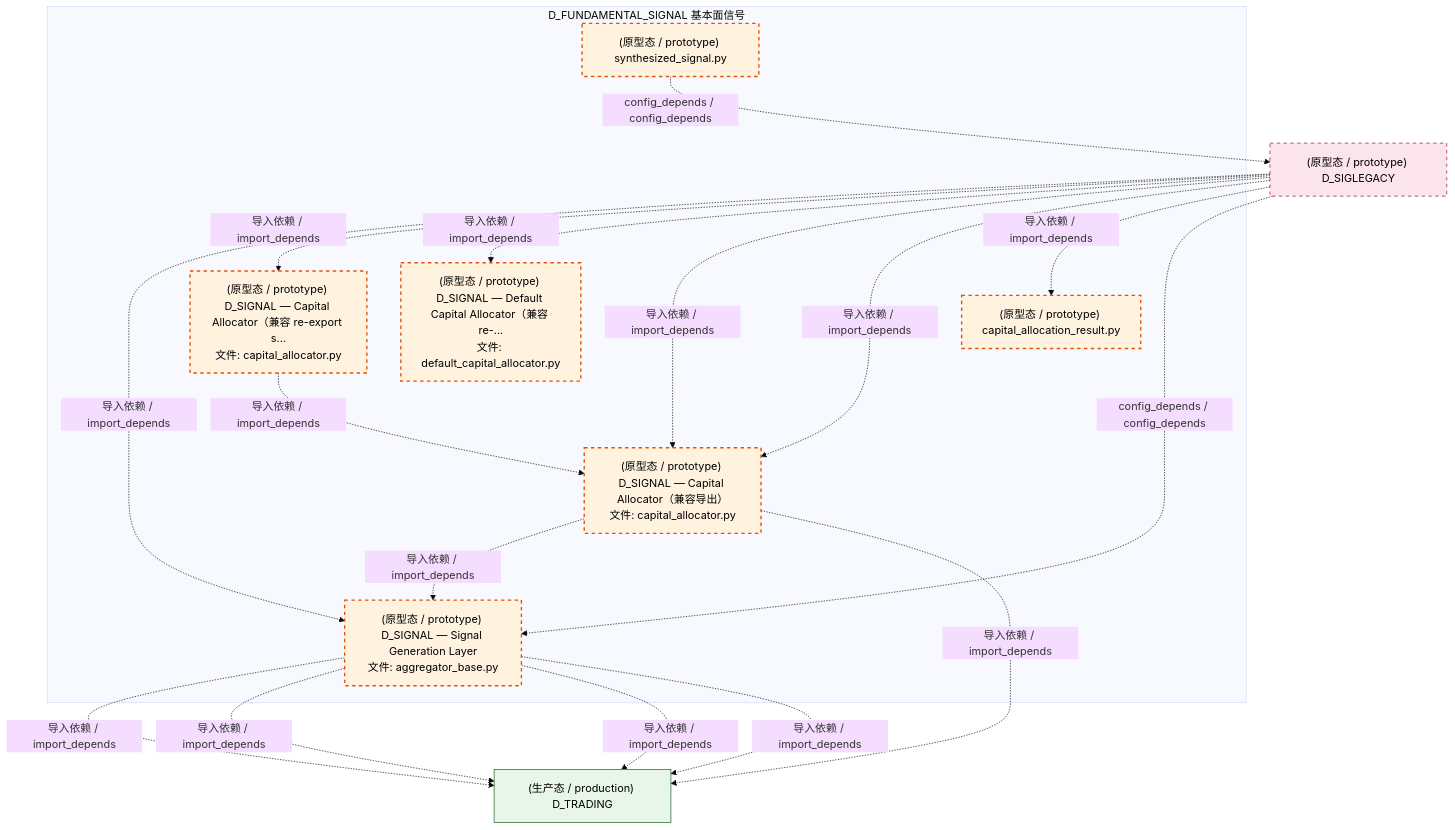
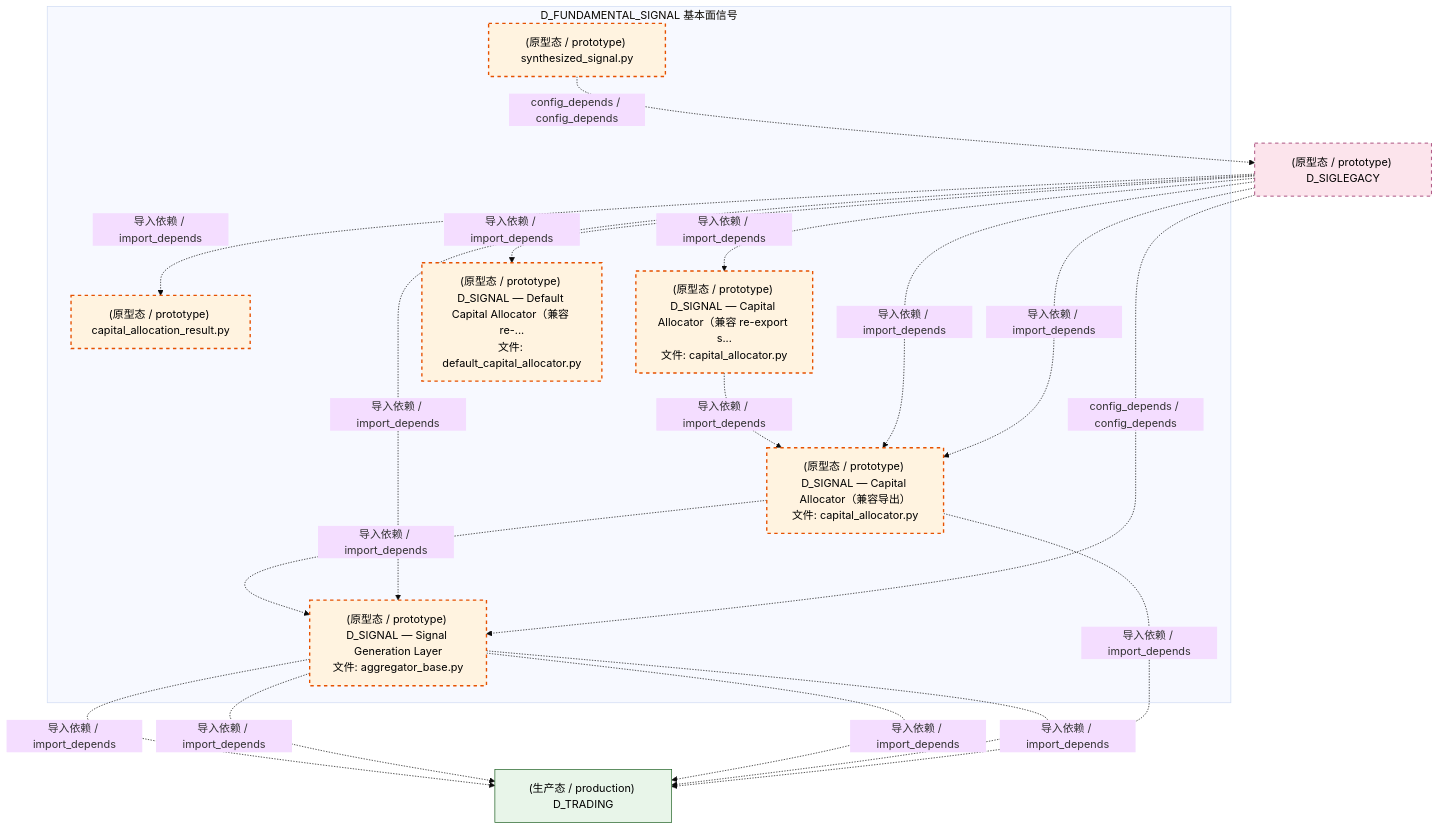
Before and after one commit to xuanFelixVan/ZephyrAlpha: the third of 4 diagrams in docs/02_enterprise_architecture/02_domain_architecture_docs/37_d_fundamental_signal.md, drawn with Mermaid (base theme). The commit also changed other lines of this file and 124 other files, not shown here.

````diff
--- a/docs/02_enterprise_architecture/02_domain_architecture_docs/37_d_fundamental_signal.md
+++ b/docs/02_enterprise_architecture/02_domain_architecture_docs/37_d_fundamental_signal.md
@@ -177,35 +177,35 @@
 ```mermaid
 graph TD
     subgraph D_FUNDAMENTAL_SIGNAL["D_FUNDAMENTAL_SIGNAL 基本面信号"]
         src_zephyr_signal_fundamental_capital_capital_allocation_result_py["(原型态 / prototype) capital_allocation_result.py"]
         src_zephyr_signal_fundamental_capital_capital_allocator_py["(原型态 / prototype) D_SIGNAL — Capital Allocator（兼容 re-export s...<br/>文件: capital_allocator.py"]
         src_zephyr_signal_fundamental_capital_default_capital_allocator_py["(原型态 / prototype) D_SIGNAL — Default Capital Allocator（兼容 re-...<br/>文件: default_capital_allocator.py"]
         src_zephyr_signal_fundamental_combiner_synthesized_signal_py["(原型态 / prototype) synthesized_signal.py"]
         src_zephyr_signal_fundamental_gen_aggregator_base_py["(原型态 / prototype) D_SIGNAL — Signal Generation Layer<br/>文件: aggregator_base.py"]
         src_zephyr_signal_fundamental_strategy_capital_allocator_py["(原型态 / prototype) D_SIGNAL — Capital Allocator（兼容导出）<br/>文件: capital_allocator.py"]
     end
     src_zephyr_signal_fundamental_capital_capital_allocator_py -.->|导入依赖 / import_depends| src_zephyr_signal_fundamental_strategy_capital_allocator_py
     src_zephyr_signal_fundamental_strategy_capital_allocator_py -.->|导入依赖 / import_depends| src_zephyr_signal_fundamental_gen_aggregator_base_py
     D_SIGLEGACY["(原型态 / prototype) D_SIGLEGACY"]
     src_zephyr_signal_fundamental_combiner_synthesized_signal_py -.->|config_depends / config_depends| D_SIGLEGACY
     D_TRADING["(生产态 / production) D_TRADING"]
     src_zephyr_signal_fundamental_gen_aggregator_base_py -.->|导入依赖 / import_depends| D_TRADING
     src_zephyr_signal_fundamental_gen_aggregator_base_py -.->|导入依赖 / import_depends| D_TRADING
     src_zephyr_signal_fundamental_gen_aggregator_base_py -.->|导入依赖 / import_depends| D_TRADING
     src_zephyr_signal_fundamental_gen_aggregator_base_py -.->|导入依赖 / import_depends| D_TRADING
     src_zephyr_signal_fundamental_strategy_capital_allocator_py -.->|导入依赖 / import_depends| D_TRADING
     D_SIGLEGACY -.->|导入依赖 / import_depends| src_zephyr_signal_fundamental_gen_aggregator_base_py
-    D_SIGLEGACY -.->|导入依赖 / import_depends| src_zephyr_signal_fundamental_capital_capital_allocator_py
+    D_SIGLEGACY -.->|导入依赖 / import_depends| src_zephyr_signal_fundamental_capital_capital_allocation_result_py
+    D_SIGLEGACY -.->|导入依赖 / import_depends| src_zephyr_signal_fundamental_strategy_capital_allocator_py
     D_SIGLEGACY -.->|导入依赖 / import_depends| src_zephyr_signal_fundamental_capital_default_capital_allocator_py
     D_SIGLEGACY -.->|导入依赖 / import_depends| src_zephyr_signal_fundamental_strategy_capital_allocator_py
-    D_SIGLEGACY -.->|导入依赖 / import_depends| src_zephyr_signal_fundamental_strategy_capital_allocator_py
-    D_SIGLEGACY -.->|导入依赖 / import_depends| src_zephyr_signal_fundamental_capital_capital_allocation_result_py
     D_SIGLEGACY -.->|config_depends / config_depends| src_zephyr_signal_fundamental_gen_aggregator_base_py
+    D_SIGLEGACY -.->|导入依赖 / import_depends| src_zephyr_signal_fundamental_capital_capital_allocator_py
     classDef production fill:#e1f5fe,stroke:#01579b,stroke-width:2px,color:#000
     classDef design fill:#fff3e0,stroke:#e65100,stroke-width:2px,color:#000,stroke-dasharray: 5 5
     classDef external_prod fill:#e8f5e9,stroke:#1b5e20,stroke-width:1px,color:#000
     classDef external_design fill:#fce4ec,stroke:#880e4f,stroke-width:1px,color:#000,stroke-dasharray: 5 5
     class src_zephyr_signal_fundamental_capital_capital_allocation_result_py,src_zephyr_signal_fundamental_capital_capital_allocator_py,src_zephyr_signal_fundamental_capital_default_capital_allocator_py,src_zephyr_signal_fundamental_combiner_synthesized_signal_py,src_zephyr_signal_fundamental_gen_aggregator_base_py,src_zephyr_signal_fundamental_strategy_capital_allocator_py design
     class D_TRADING external_prod
     class D_SIGLEGACY external_design
 ```
````
